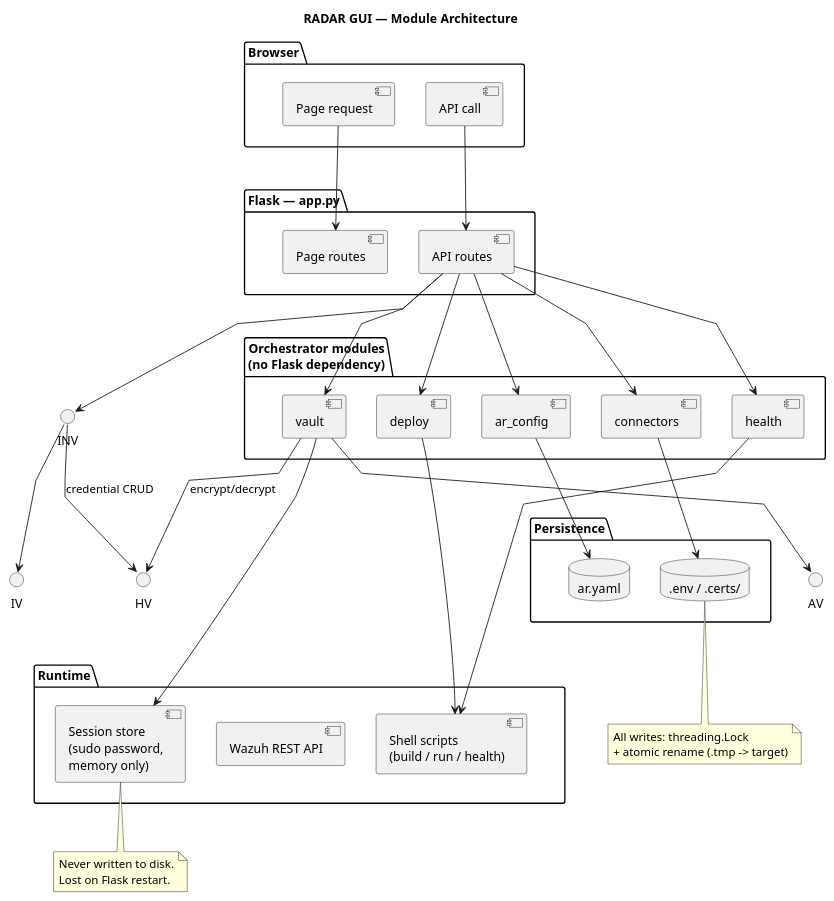
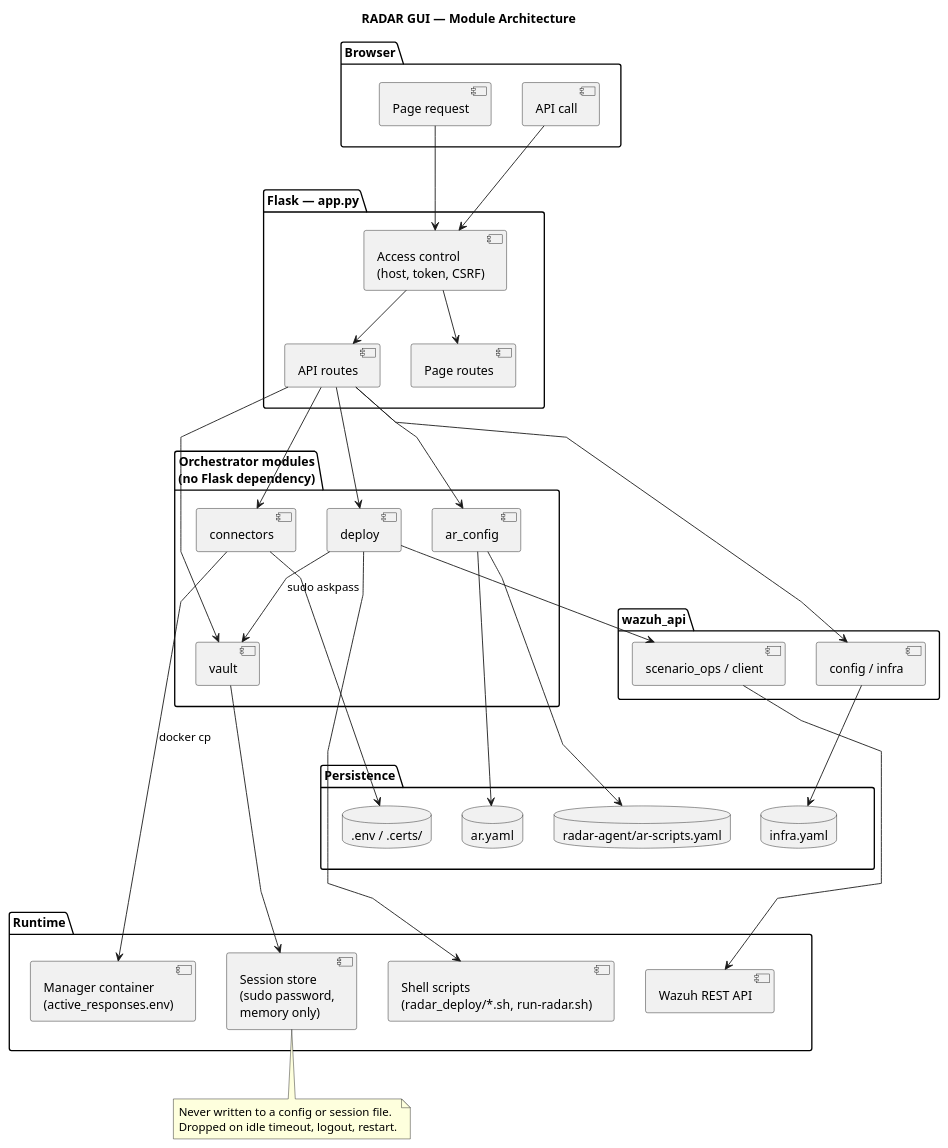
One commit to AbstractionsLab/idps-escape changed the diagram in docs/specs/swd/SWD-041.md. Above: the diagram before and after it, drawn with PlantUML. The commit also changed other lines of this file and 682 other files, not shown here.

````diff
--- a/docs/specs/swd/SWD-041.md
+++ b/docs/specs/swd/SWD-041.md
@@ -39,74 +39,76 @@
 ```plantuml
 @startuml
 title RADAR GUI — Module Architecture
 top to bottom direction
 skinparam linetype polyline
 
 package "Browser" as B {
   [Page request] as Pages
   [API call] as APIClient
 }
 
 package "Flask — app.py" as F {
+  [Access control\n(host, token, CSRF)] as ACL
   [Page routes] as PageRoutes
   [API routes] as APIRoutes
 }
 
 package "Orchestrator modules\n(no Flask dependency)" as O {
   [ar_config] as ARC
   [connectors] as CON
   [vault] as VAU
   [deploy] as DEP
-  [health] as HEA
+}
+
+package "wazuh_api" as W {
+  [config / infra] as WCFG
+  [scenario_ops / client] as WOPS
 }
 
 package "Persistence" as P {
   database "ar.yaml" as AR
+  database "radar-agent/ar-scripts.yaml" as CAT
   database ".env / .certs/" as EV
+  database "infra.yaml" as INF
 }
 
 package "Runtime" as R {
-  [Shell scripts\n(build / run / health)] as SH
+  [Shell scripts\n(radar_deploy/*.sh, run-radar.sh)] as SH
   [Wazuh REST API] as WAPI
   [Session store\n(sudo password,\nmemory only)] as SS
+  [Manager container\n(active_responses.env)] as MGR
 }
 
-' Force strict vertical stacking
 B -[hidden]down- F
 F -[hidden]down- O
 O -[hidden]down- P
 P -[hidden]down- R
-VAU -[hidden]down- SS
-DEP -[hidden]down- SH
 
-Pages --> PageRoutes
-APIClient --> APIRoutes
+Pages --> ACL
+APIClient --> ACL
+ACL --> PageRoutes
+ACL --> APIRoutes
 
 APIRoutes --> ARC
-APIRoutes --> INV
 APIRoutes --> CON
 APIRoutes --> VAU
 APIRoutes --> DEP
-APIRoutes --> HEA
+APIRoutes --> WCFG
 
 ARC --> AR
-INV --> IV
-INV --> HV : credential CRUD
+ARC --> CAT
 CON --> EV
-VAU --> HV : encrypt/decrypt
+CON --> MGR : docker cp
+WCFG --> INF
 VAU --> SS
-VAU --> AV
 DEP --> SH
-HEA --> SH
-
-note bottom of EV
-  All writes: threading.Lock
-  + atomic rename (.tmp -> target)
-end note
+DEP --> WOPS
+WOPS --> WAPI
+DEP --> VAU : sudo askpass
 
 note bottom of SS
-  Never written to disk.
-  Lost on Flask restart.
+  Never written to a config or session file.
+  Dropped on idle timeout, logout, restart.
 end note
 @enduml
 ```
````
